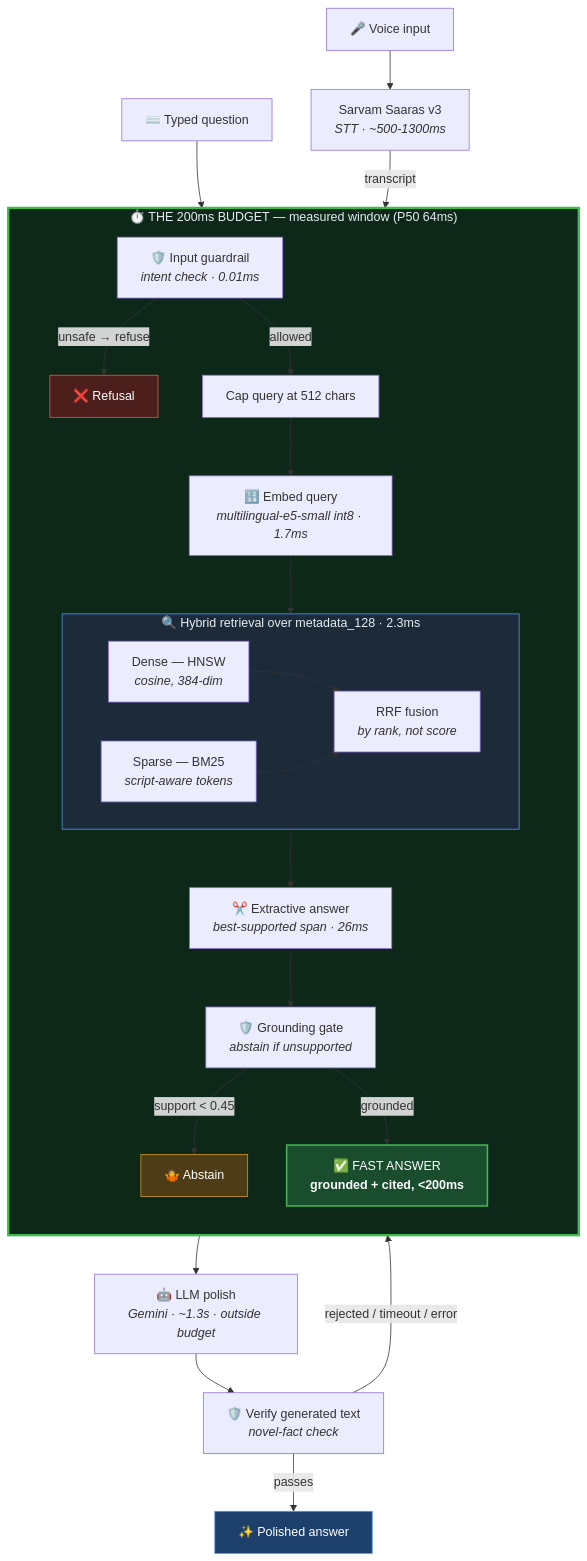
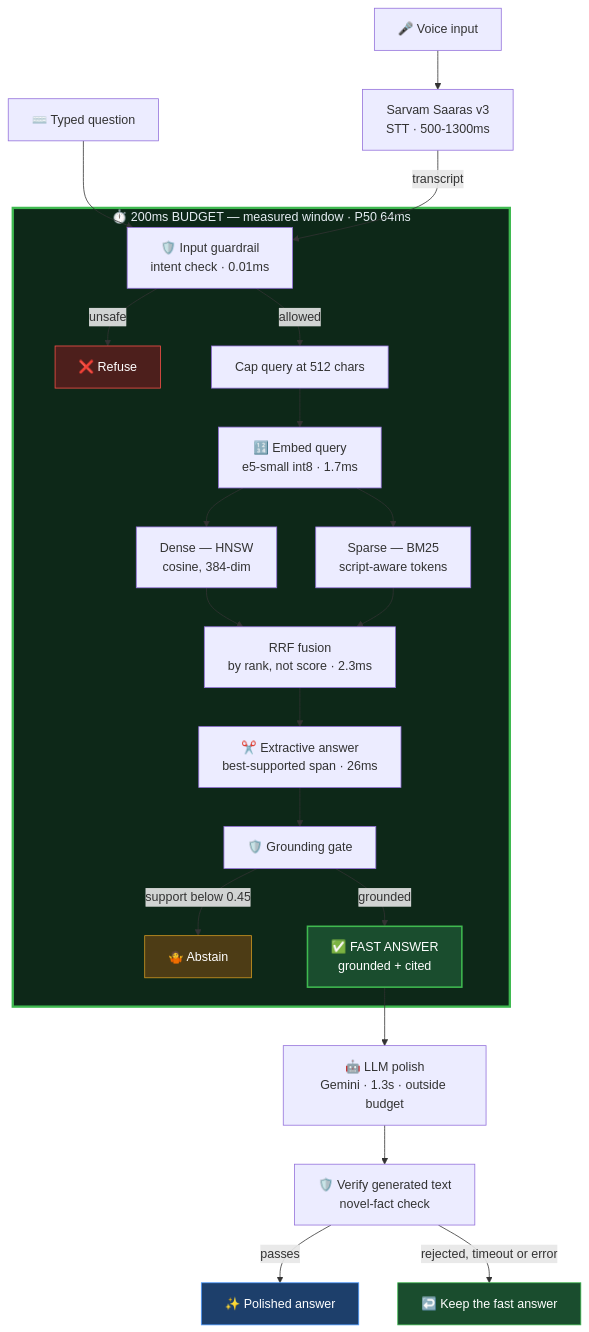
The diagram in README.md (siddharth-09/hhgoa-task2), drawn with Mermaid before and after one commit.

Commit message:
Fix mermaid diagram rendering (nested subgraph broke edge routing)

````diff
--- a/README.md
+++ b/README.md
@@ -38,40 +38,33 @@
 ```mermaid
 flowchart TD
-    A["🎤 Voice input"] --> B["Sarvam Saaras v3<br/><i>STT · ~500-1300ms</i>"]
+    A["🎤 Voice input"] --> B["Sarvam Saaras v3<br/>STT · 500-1300ms"]
     A2["⌨️ Typed question"] --> G1
     B -->|transcript| G1
 
-    subgraph BUDGET["⏱️ THE 200ms BUDGET — measured window (P50 64ms)"]
-        direction TB
-        G1["🛡️ Input guardrail<br/><i>intent check · 0.01ms</i>"]
-        G1 -->|"unsafe → refuse"| REFUSE["❌ Refusal"]
+    subgraph BUDGET["⏱️ 200ms BUDGET — measured window · P50 64ms"]
+        G1["🛡️ Input guardrail<br/>intent check · 0.01ms"]
+        G1 -->|unsafe| REFUSE["❌ Refuse"]
         G1 -->|allowed| CAP["Cap query at 512 chars"]
-        CAP --> EMB["🔢 Embed query<br/><i>multilingual-e5-small int8 · 1.7ms</i>"]
-
-        EMB --> HYB
-        subgraph HYB["🔍 Hybrid retrieval over metadata_128 · 2.3ms"]
-            direction LR
-            DENSE["Dense — HNSW<br/><i>cosine, 384-dim</i>"]
-            SPARSE["Sparse — BM25<br/><i>script-aware tokens</i>"]
-            DENSE --> RRF["RRF fusion<br/><i>by rank, not score</i>"]
-            SPARSE --> RRF
-        end
-
-        HYB --> EXT["✂️ Extractive answer<br/><i>best-supported span · 26ms</i>"]
-        EXT --> G2["🛡️ Grounding gate<br/><i>abstain if unsupported</i>"]
-        G2 -->|"support < 0.45"| ABS["🤷 Abstain"]
-        G2 -->|grounded| FAST["✅ FAST ANSWER<br/><b>grounded + cited, &lt;200ms</b>"]
+        CAP --> EMB["🔢 Embed query<br/>e5-small int8 · 1.7ms"]
+        EMB --> DENSE["Dense — HNSW<br/>cosine, 384-dim"]
+        EMB --> SPARSE["Sparse — BM25<br/>script-aware tokens"]
+        DENSE --> RRF["RRF fusion<br/>by rank, not score · 2.3ms"]
+        SPARSE --> RRF
+        RRF --> EXT["✂️ Extractive answer<br/>best-supported span · 26ms"]
+        EXT --> G2["🛡️ Grounding gate"]
+        G2 -->|"support below 0.45"| ABS["🤷 Abstain"]
+        G2 -->|grounded| FAST["✅ FAST ANSWER<br/>grounded + cited"]
     end
 
-    FAST --> LLM["🤖 LLM polish<br/><i>Gemini · ~1.3s · outside budget</i>"]
-    LLM --> VER["🛡️ Verify generated text<br/><i>novel-fact check</i>"]
+    FAST --> LLM["🤖 LLM polish<br/>Gemini · 1.3s · outside budget"]
+    LLM --> VER["🛡️ Verify generated text<br/>novel-fact check"]
     VER -->|passes| FINAL["✨ Polished answer"]
-    VER -->|"rejected / timeout / error"| FAST
+    VER -->|"rejected, timeout or error"| KEEP["↩️ Keep the fast answer"]
 
     style BUDGET fill:#0d2818,stroke:#3fb950,stroke-width:3px,color:#e6edf3
-    style HYB fill:#1c2a3a,stroke:#4c9aff,color:#e6edf3
-    style FAST fill:#1a4d2e,stroke:#3fb950,stroke-width:2px,color:#fff
-    style FINAL fill:#1d3f6b,stroke:#4c9aff,color:#fff
-    style REFUSE fill:#4d1f1c,stroke:#f85149,color:#fff
-    style ABS fill:#4d3c15,stroke:#d29922,color:#fff
+    style FAST fill:#1a4d2e,stroke:#3fb950,stroke-width:2px,color:#ffffff
+    style FINAL fill:#1d3f6b,stroke:#4c9aff,color:#ffffff
+    style KEEP fill:#1a4d2e,stroke:#3fb950,color:#ffffff
+    style REFUSE fill:#4d1f1c,stroke:#f85149,color:#ffffff
+    style ABS fill:#4d3c15,stroke:#d29922,color:#ffffff
 ```
````
